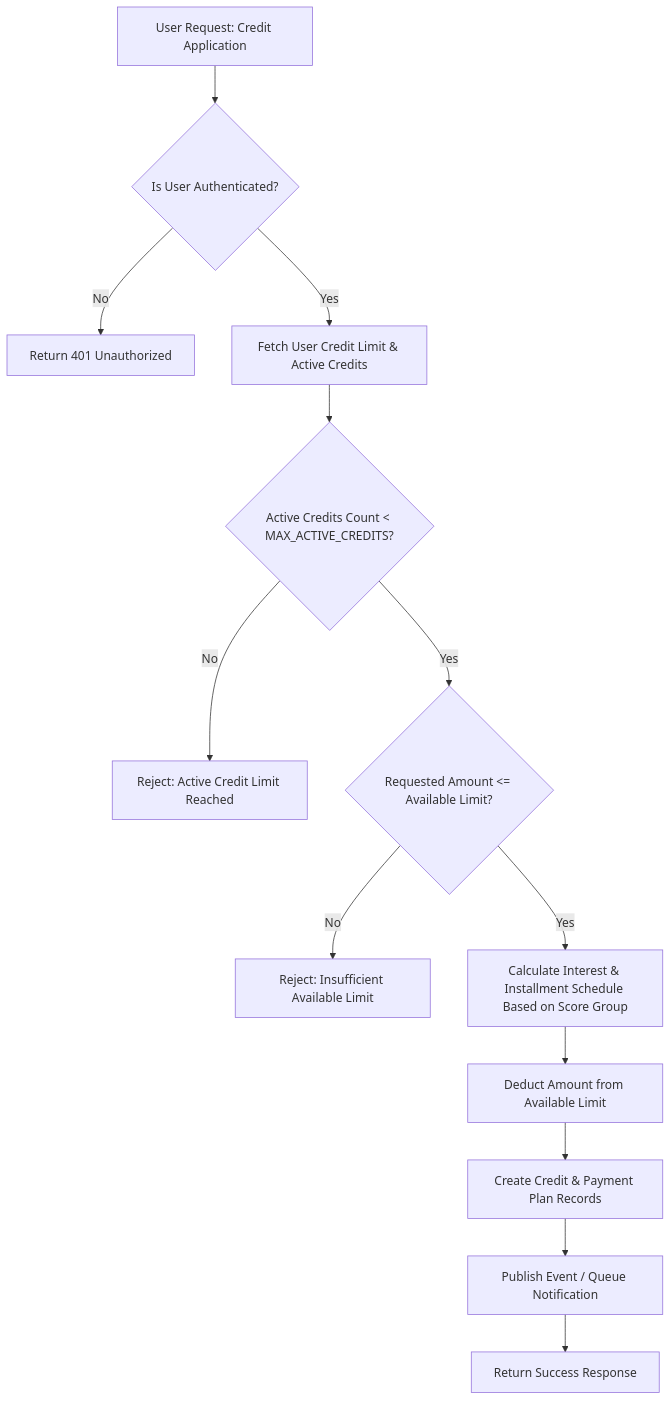
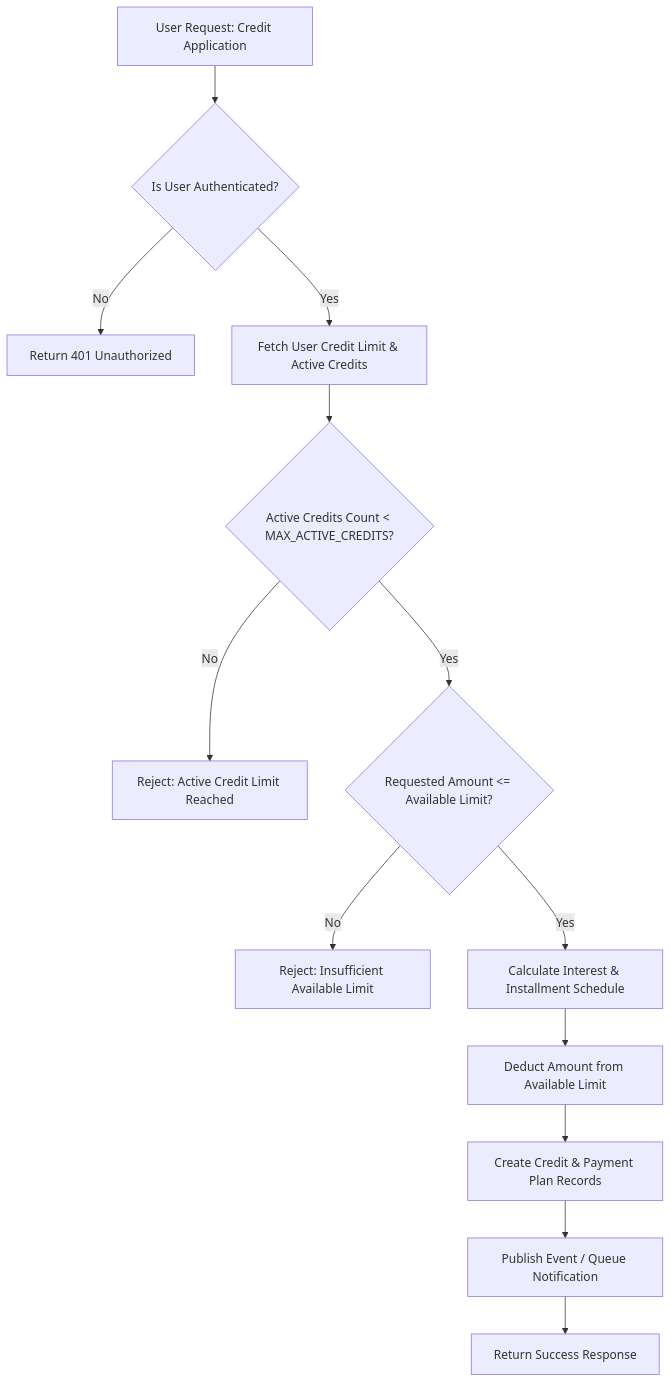
Before and after one commit to efeyrtln1/Credit-Management-API: the diagram in README.md, drawn with Mermaid. The commit also changed other lines of this file, not shown here.

Commit message:
docs: fix mermaid flowchart syntax in README

````diff
--- a/README.md
+++ b/README.md
@@ -11,18 +11,18 @@
 ```mermaid
 flowchart TD
     A[User Request: Credit Application] --> B{Is User Authenticated?}
     B -- No --> C[Return 401 Unauthorized]
     B -- Yes --> D[Fetch User Credit Limit & Active Credits]
-    
+
     D --> E{Active Credits Count < MAX_ACTIVE_CREDITS?}
     E -- No --> F[Reject: Active Credit Limit Reached]
-    
+
     E -- Yes --> G{Requested Amount <= Available Limit?}
     G -- No --> H[Reject: Insufficient Available Limit]
-    
-    G -- Yes --> I[Calculate Interest & Installment Schedule Based on Score Group]
+
+    G -- Yes --> I[Calculate Interest & Installment Schedule]
     I --> J[Deduct Amount from Available Limit]
     J --> K[Create Credit & Payment Plan Records]
     K --> L[Publish Event / Queue Notification]
     L --> M[Return Success Response]
 ```
````
